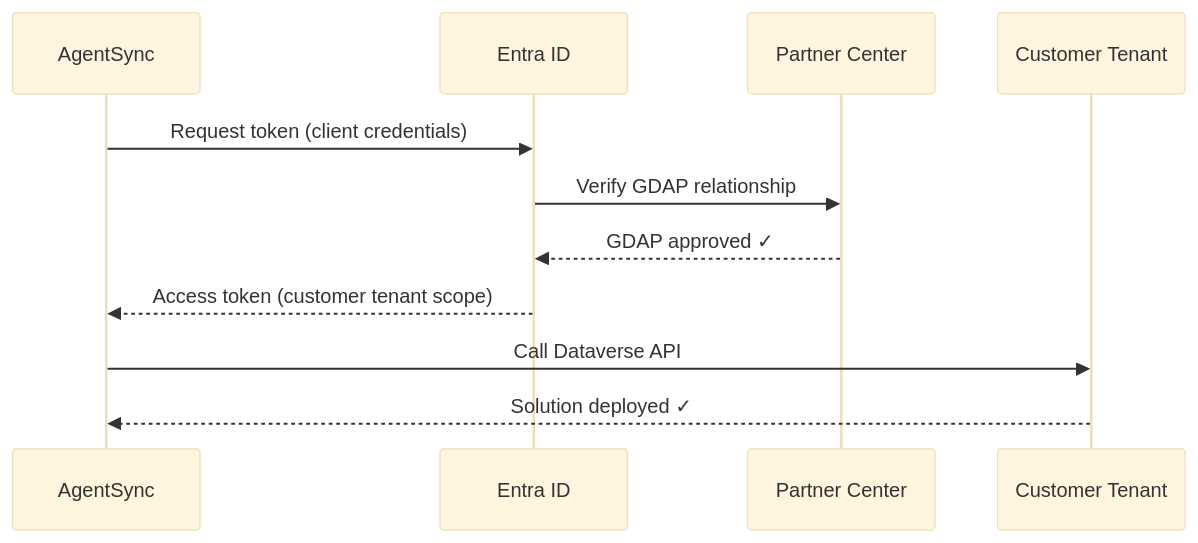
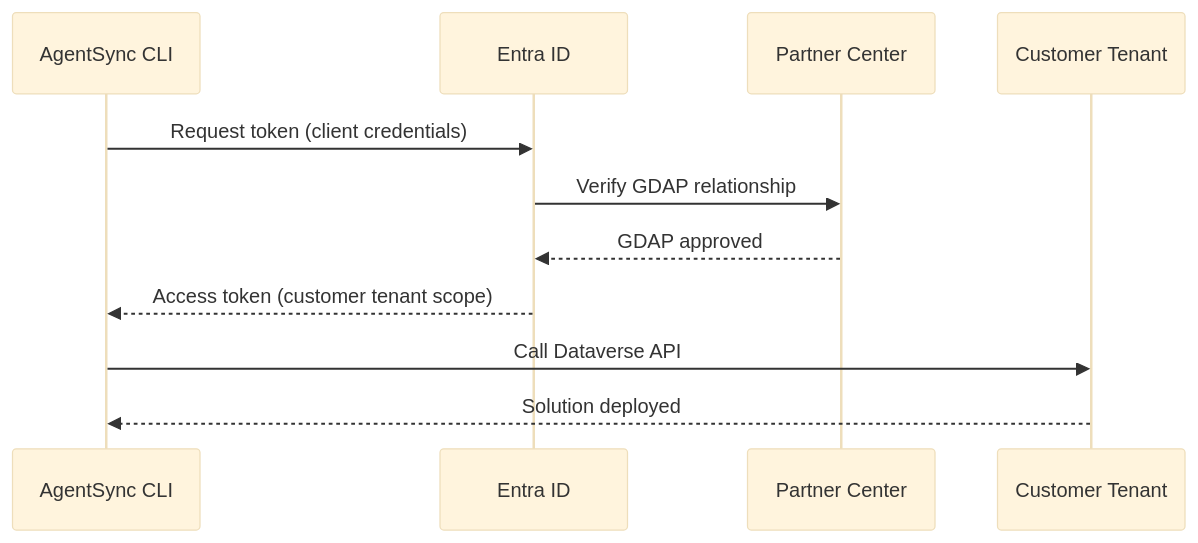
The diagram in README.md (pax8labs/pax8-cta), drawn with Mermaid (base theme) before and after one commit. The commit also changed other lines of this file, not shown here.

First line of the commit message:
Rewrite README for CLI-first open source release (#271)

````diff
--- a/README.md
+++ b/README.md
@@ -874,14 +475,14 @@
 ```mermaid
 sequenceDiagram
-    participant AgentSync
-    participant Entra ID
-    participant Partner Center
-    participant Customer Tenant
+    participant CLI as AgentSync CLI
+    participant Entra as Entra ID
+    participant GDAP as Partner Center
+    participant Tenant as Customer Tenant
 
-    AgentSync->>Entra ID: Request token (client credentials)
-    Entra ID->>Partner Center: Verify GDAP relationship
-    Partner Center-->>Entra ID: GDAP approved ✓
-    Entra ID-->>AgentSync: Access token (customer tenant scope)
-    AgentSync->>Customer Tenant: Call Dataverse API
-    Customer Tenant-->>AgentSync: Solution deployed ✓
+    CLI->>Entra: Request token (client credentials)
+    Entra->>GDAP: Verify GDAP relationship
+    GDAP-->>Entra: GDAP approved
+    Entra-->>CLI: Access token (customer tenant scope)
+    CLI->>Tenant: Call Dataverse API
+    Tenant-->>CLI: Solution deployed
 ```
````
